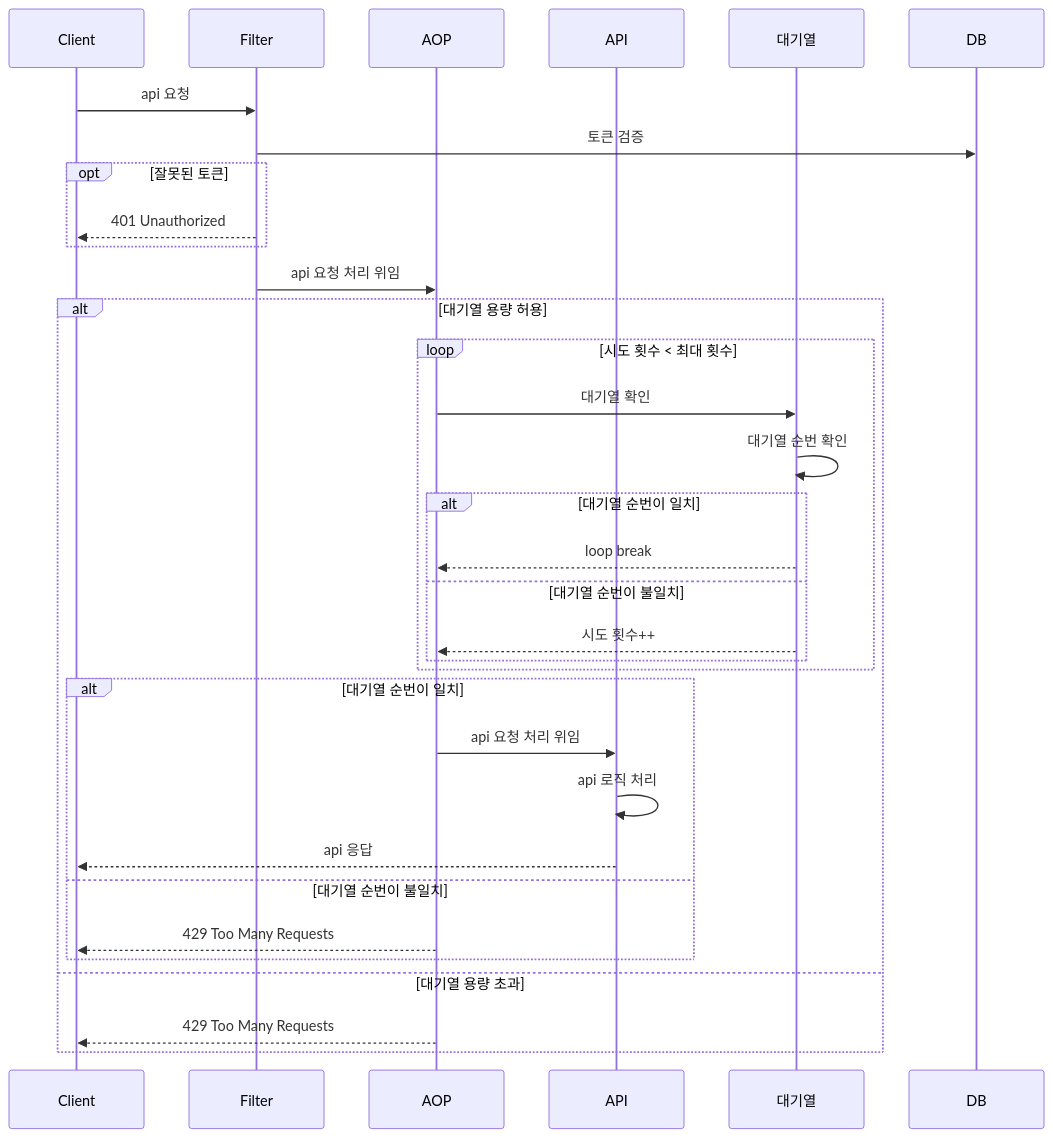
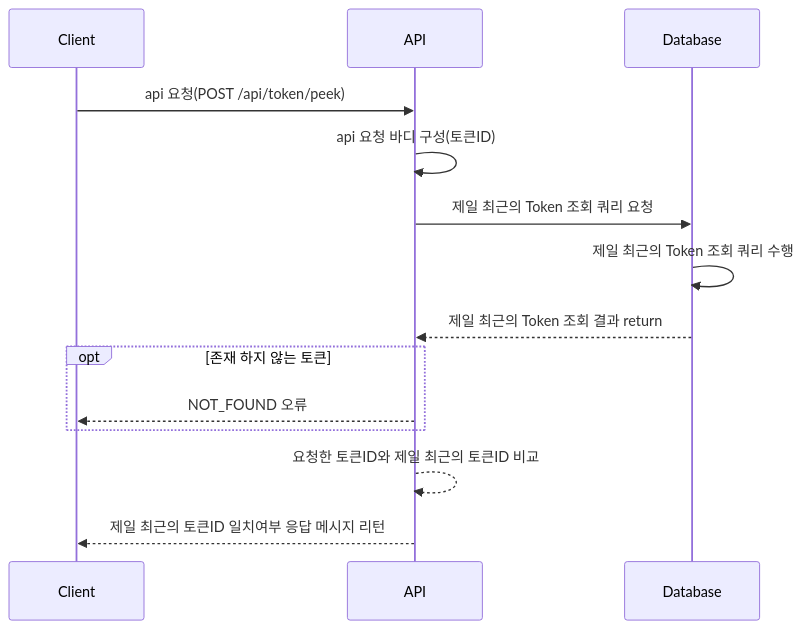
Before and after one commit to wanniDev/ticket: the first of 5 diagrams in README.MD, drawn with Mermaid. The commit also changed other lines of this file, not shown here.

Commit message:
Document: 사용자 토큰 대기열 확인 api, 예약 가능 좌석 조회 api 시퀀스 다이어그램 작성

````diff
--- a/README.MD
+++ b/README.MD
@@ -52,34 +54,16 @@
 ```mermaid
 sequenceDiagram
     participant C as Client
-    participant F as Filter
-    participant AO as AOP
     participant A as API
-    participant Q as 대기열
-    C->>F: api 요청
-    F->>DB: 토큰 검증
-    opt 잘못된 토큰
-        F-->>C: 401 Unauthorized
+    participant DB as Database
+    C->>A: api 요청(POST /api/token/peek)
+    A->>A: api 요청 바디 구성(토큰ID)
+    A->>DB: 제일 최근의 Token 조회 쿼리 요청
+    DB->>DB: 제일 최근의 Token 조회 쿼리 수행
+    DB-->>A: 제일 최근의 Token 조회 결과 return
+    opt 존재 하지 않는 토큰
+        A-->>C: NOT_FOUND 오류
     end
-    F->>AO: api 요청 처리 위임
-    alt 대기열 용량 허용
-      loop 시도 횟수 < 최대 횟수
-        AO->>Q: 대기열 확인
-        Q->>Q: 대기열 순번 확인
-        alt 대기열 순번이 일치
-          Q-->>AO: loop break
-        else 대기열 순번이 불일치
-          Q-->>AO: 시도 횟수++
-        end
-      end
-      alt 대기열 순번이 일치
-        AO->>A: api 요청 처리 위임
-        A->>A: api 로직 처리
-        A-->>C: api 응답
-      else 대기열 순번이 불일치
-        AO-->>C: 429 Too Many Requests
-      end
-    else 대기열 용량 초과
-        AO-->>C: 429 Too Many Requests
-    end
+    A-->>A: 요청한 토큰ID와 제일 최근의 토큰ID 비교
+    A-->>C: 제일 최근의 토큰ID 일치여부 응답 메시지 리턴
 ```
````
